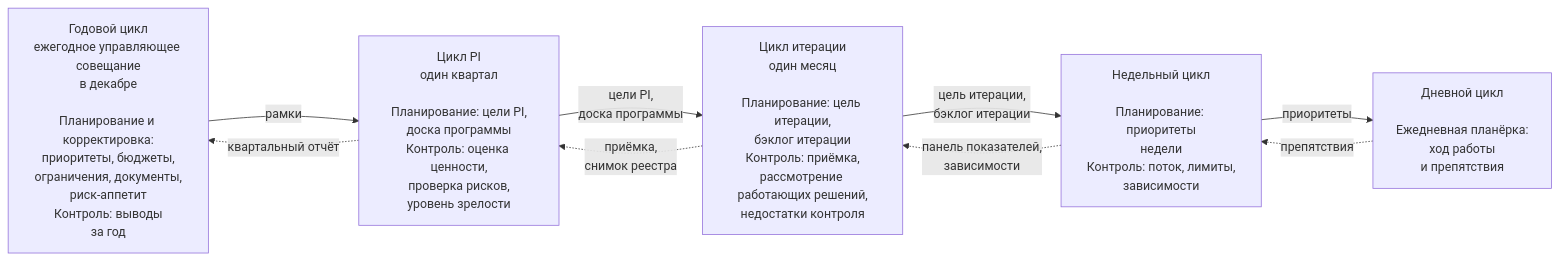
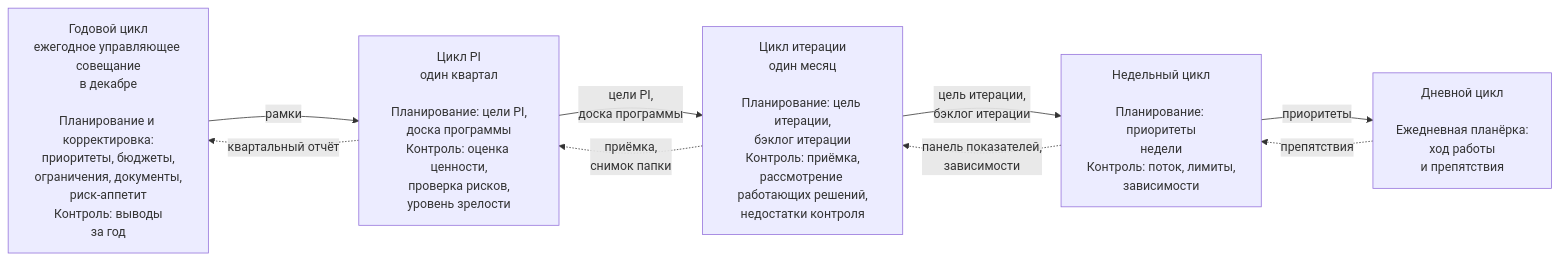
The first of 4 diagrams in charter/ru/guides/cadence-guide.md (devhogu/ob-aicc), drawn with Mermaid before and after one commit. The commit also changed other lines of this file and 370 other files, not shown here.

````diff
--- a/charter/ru/guides/cadence-guide.md
+++ b/charter/ru/guides/cadence-guide.md
@@ -27,16 +27,16 @@
 ```mermaid
 flowchart LR
   Y["Годовой цикл<br/>ежегодное управляющее совещание<br/>в декабре<br/><br/>Планирование и корректировка:<br/>приоритеты, бюджеты,<br/>ограничения, документы,<br/>риск-аппетит<br/>Контроль: выводы<br/>за год"]
   Q["Цикл PI<br/>один квартал<br/><br/>Планирование: цели PI,<br/>доска программы<br/>Контроль: оценка ценности,<br/>проверка рисков,<br/>уровень зрелости"]
   M["Цикл итерации<br/>один месяц<br/><br/>Планирование: цель итерации,<br/>бэклог итерации<br/>Контроль: приёмка,<br/>рассмотрение работающих решений,<br/>недостатки контроля"]
   W["Недельный цикл<br/><br/>Планирование: приоритеты<br/>недели<br/>Контроль: поток, лимиты,<br/>зависимости"]
   D["Дневной цикл<br/><br/>Ежедневная планёрка:<br/>ход работы<br/>и препятствия"]
   Y -->|"рамки"| Q
   Q -->|"цели PI,<br/>доска программы"| M
   M -->|"цель итерации,<br/>бэклог итерации"| W
   W -->|"приоритеты"| D
   D -.->|"препятствия"| W
   W -.->|"панель показателей,<br/>зависимости"| M
-  M -.->|"приёмка,<br/>снимок реестра"| Q
+  M -.->|"приёмка,<br/>снимок папки"| Q
   Q -.->|"квартальный отчёт"| Y
 ```
````
